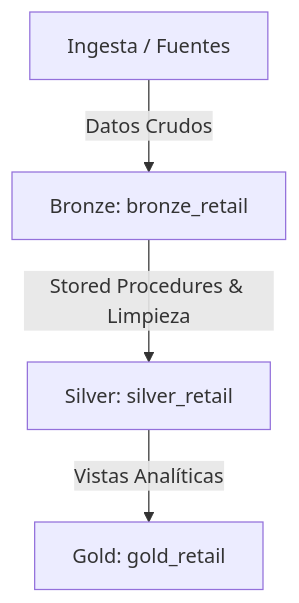
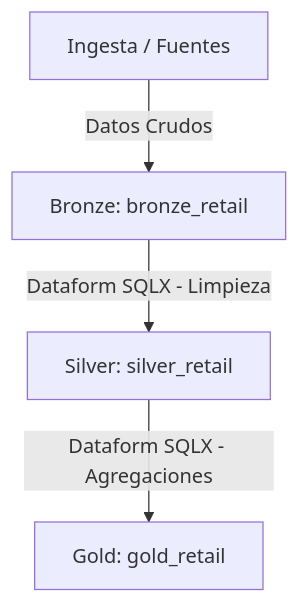
Before and after one commit to Echeverria29/Terraform_Dataform_GitHub_CI_CD_GCP: the first of 2 diagrams in README.md, drawn with Mermaid. The commit also changed other lines of this file, not shown here.

Commit message:
feat: enhance README.md with detailed architecture and CI/CD flow descriptions

````diff
--- a/README.md
+++ b/README.md
@@ -17,6 +15,6 @@
 ```mermaid
 graph TD
     A[Ingesta / Fuentes] -->|Datos Crudos| B[Bronze: bronze_retail]
-    B -->|Stored Procedures & Limpieza| C[Silver: silver_retail]
-    C -->|Vistas Analíticas| D[Gold: gold_retail]
+    B -->|Dataform SQLX - Limpieza| C[Silver: silver_retail]
+    C -->|Dataform SQLX - Agregaciones| D[Gold: gold_retail]
 ```
````
